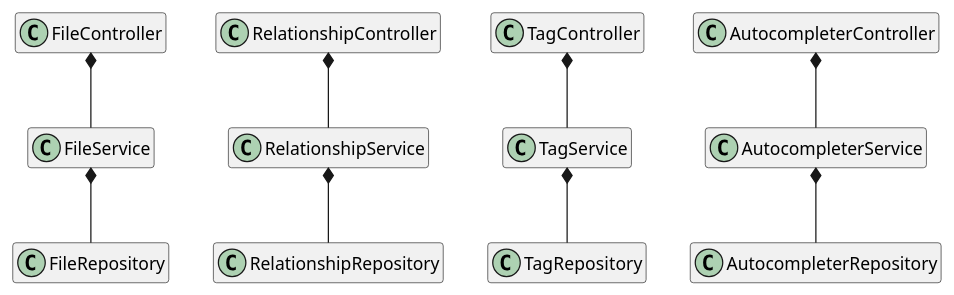
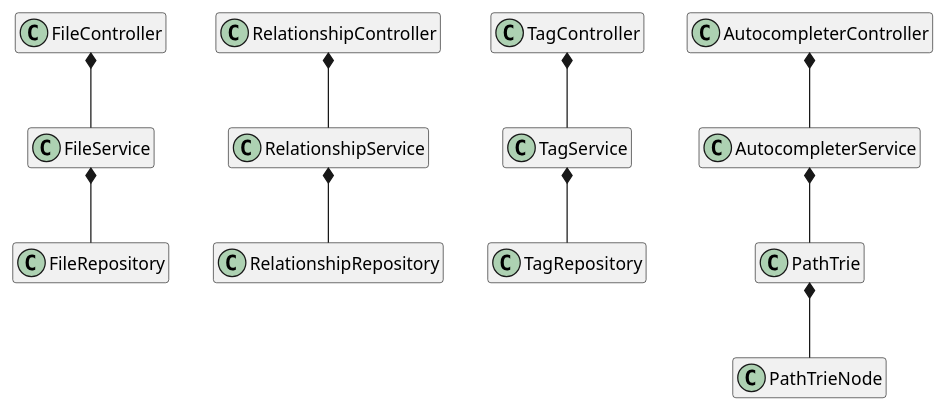
Before and after one commit to TrueBubo/Graphle: the diagram in docs/architecture/code/graphle-manager/class-diagram.puml, drawn with PlantUML. The commit also changed 3 other files, not shown here.

Commit message:
Add trie to class diagram

```diff
--- a/docs/architecture/code/graphle-manager/class-diagram.puml
+++ b/docs/architecture/code/graphle-manager/class-diagram.puml
@@ -1,34 +1,36 @@
 @startuml
 hide empty members
 
 'classes of Graphle manager
 class FileController
 class FileService
 class FileRepository
 
 class RelationshipController
 class RelationshipService
 class RelationshipRepository
 
 class TagController
 class TagService
 class TagRepository
 
 class AutocompleterController
 class AutocompleterService
-class AutocompleterRepository
+class PathTrie
+class PathTrieNode
 
 'Relationships between classes
 FileController *-- FileService
 FileService *-- FileRepository
 
 RelationshipController *-- RelationshipService
 RelationshipService *-- RelationshipRepository
 
 TagController *-- TagService
 TagService *-- TagRepository
 
 AutocompleterController *-- AutocompleterService
-AutocompleterService *-- AutocompleterRepository
+AutocompleterService *-- PathTrie
+PathTrie *-- PathTrieNode
 
 @enduml
```
